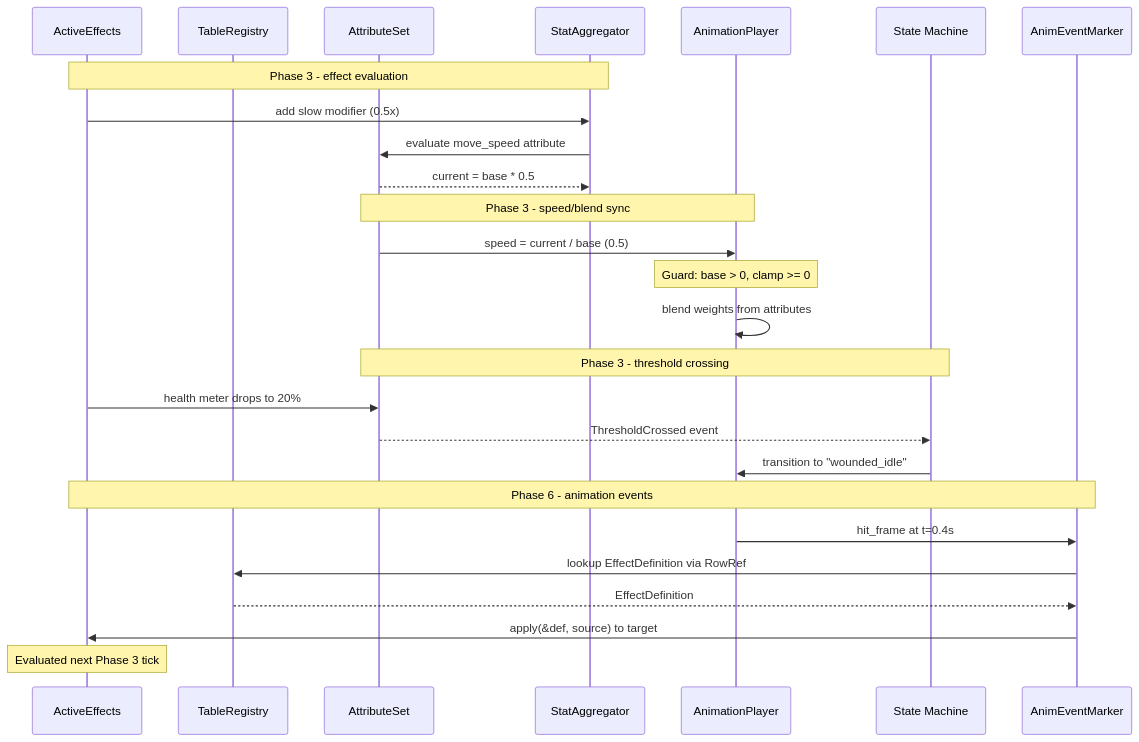
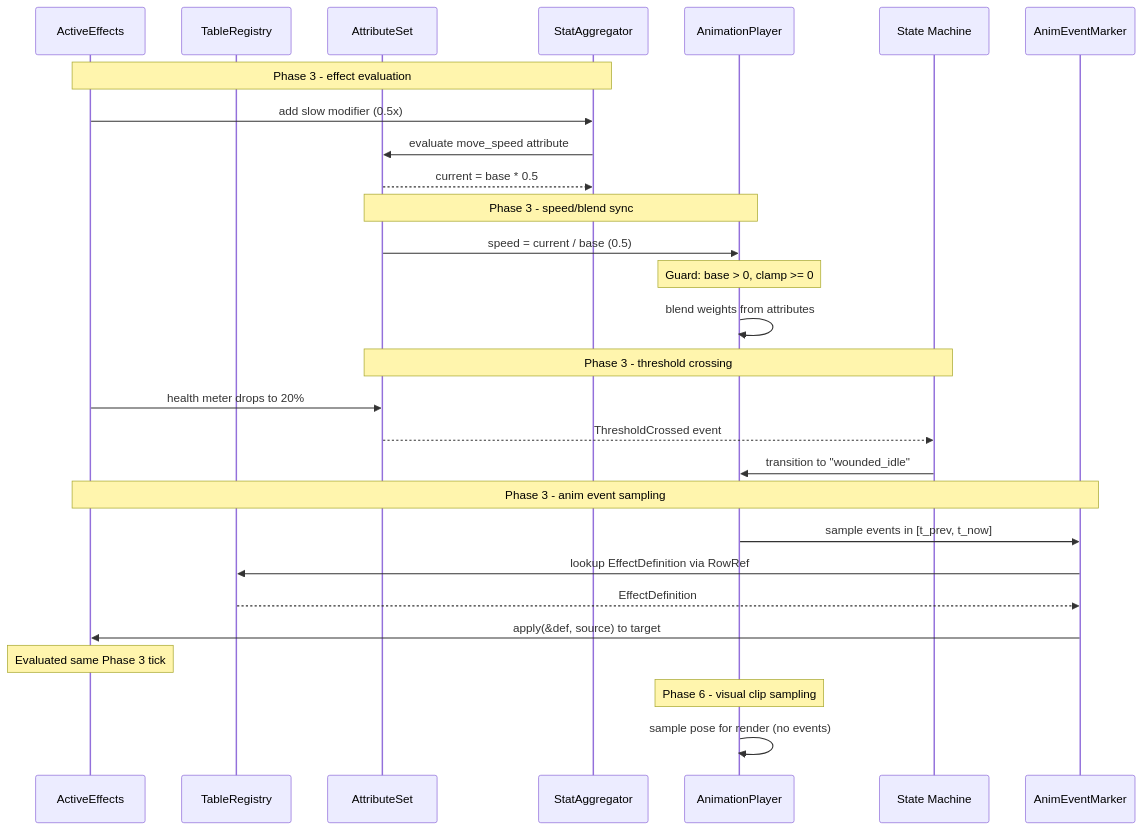
Before and after one commit to harmonius-dev/harmonius: the first of 2 diagrams in docs/design/integration/attributes-effects-animation.md, drawn with Mermaid. The commit also changed other lines of this file and 109 other files, not shown here.

````diff
--- a/docs/design/integration/attributes-effects-animation.md
+++ b/docs/design/integration/attributes-effects-animation.md
@@ -107,32 +109,35 @@
 ```mermaid
 sequenceDiagram
     participant FX as ActiveEffects
     participant TR as TableRegistry
     participant AS as AttributeSet
     participant SA as StatAggregator
     participant AP as AnimationPlayer
     participant SM as State Machine
     participant AE as AnimEventMarker
 
     Note over FX,SA: Phase 3 - effect evaluation
     FX->>SA: add slow modifier (0.5x)
     SA->>AS: evaluate move_speed attribute
     AS-->>SA: current = base * 0.5
 
     Note over AS,AP: Phase 3 - speed/blend sync
     AS->>AP: speed = current / base (0.5)
     Note over AP: Guard: base > 0, clamp >= 0
     AP->>AP: blend weights from attributes
 
     Note over AS,SM: Phase 3 - threshold crossing
     FX->>AS: health meter drops to 20%
     AS-->>SM: ThresholdCrossed event
     SM->>AP: transition to "wounded_idle"
 
-    Note over AE,FX: Phase 6 - animation events
-    AP->>AE: hit_frame at t=0.4s
+    Note over AE,FX: Phase 3 - anim event sampling
+    AP->>AE: sample events in [t_prev, t_now]
     AE->>TR: lookup EffectDefinition via RowRef
     TR-->>AE: EffectDefinition
     AE->>FX: apply(&def, source) to target
-    Note over FX: Evaluated next Phase 3 tick
+    Note over FX: Evaluated same Phase 3 tick
+
+    Note over AP: Phase 6 - visual clip sampling
+    AP->>AP: sample pose for render (no events)
 ```
````
